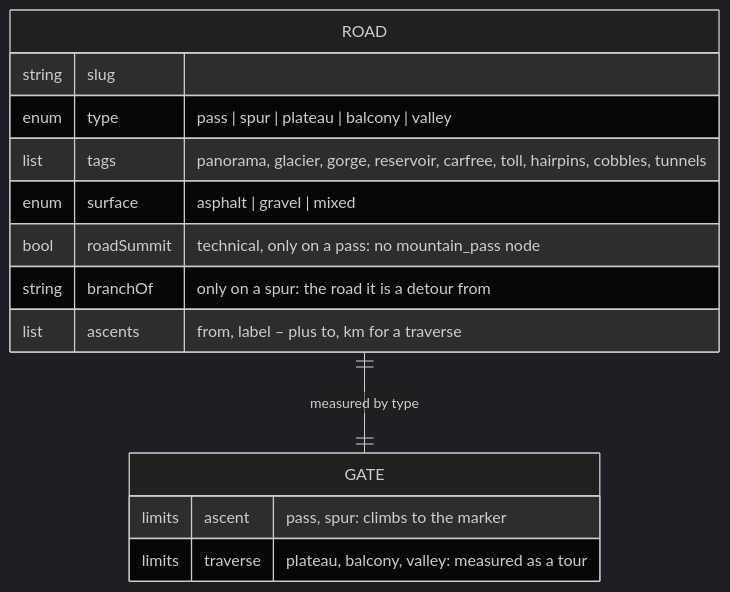
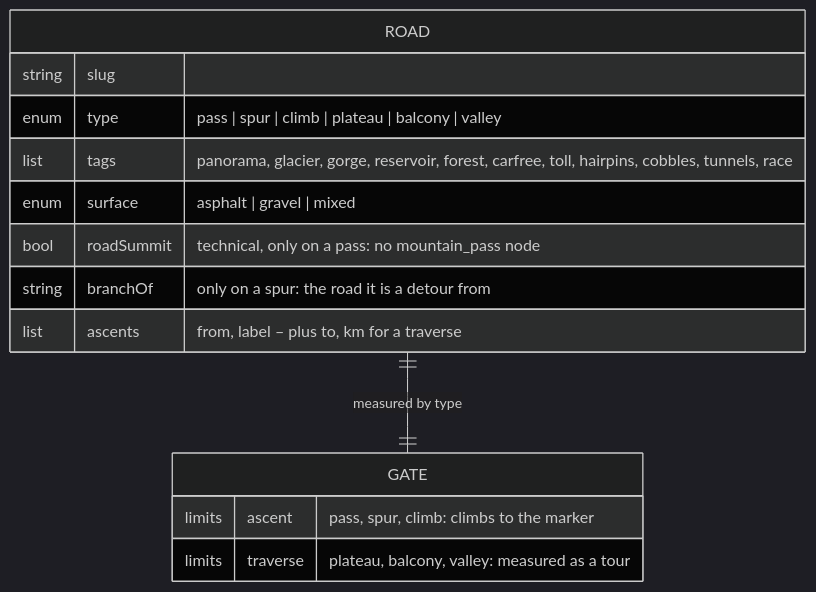
Before and after one commit to mdugue/alpen: the second of 5 diagrams in docs/data-model.md, drawn with Mermaid (dark theme). The commit also changed other lines of this file and 26 other files, not shown here.

First line of the commit message:
Plan 34: a road type for escarpment climbs, two tags, ranges by trip, and the name Bergauf

````diff
--- a/docs/data-model.md
+++ b/docs/data-model.md
@@ -159,17 +159,17 @@
 ```mermaid
 erDiagram
   ROAD {
     string slug
-    enum type "pass | spur | plateau | balcony | valley"
-    list tags "panorama, glacier, gorge, reservoir, carfree, toll, hairpins, cobbles, tunnels"
+    enum type "pass | spur | climb | plateau | balcony | valley"
+    list tags "panorama, glacier, gorge, reservoir, forest, carfree, toll, hairpins, cobbles, tunnels, race"
     enum surface "asphalt | gravel | mixed"
     bool roadSummit "technical, only on a pass: no mountain_pass node"
     string branchOf "only on a spur: the road it is a detour from"
     list ascents "from, label – plus to, km for a traverse"
   }
   GATE {
-    limits ascent "pass, spur: climbs to the marker"
+    limits ascent "pass, spur, climb: climbs to the marker"
     limits traverse "plateau, balcony, valley: measured as a tour"
   }
   ROAD ||--|| GATE : "measured by type"
 ```
````
